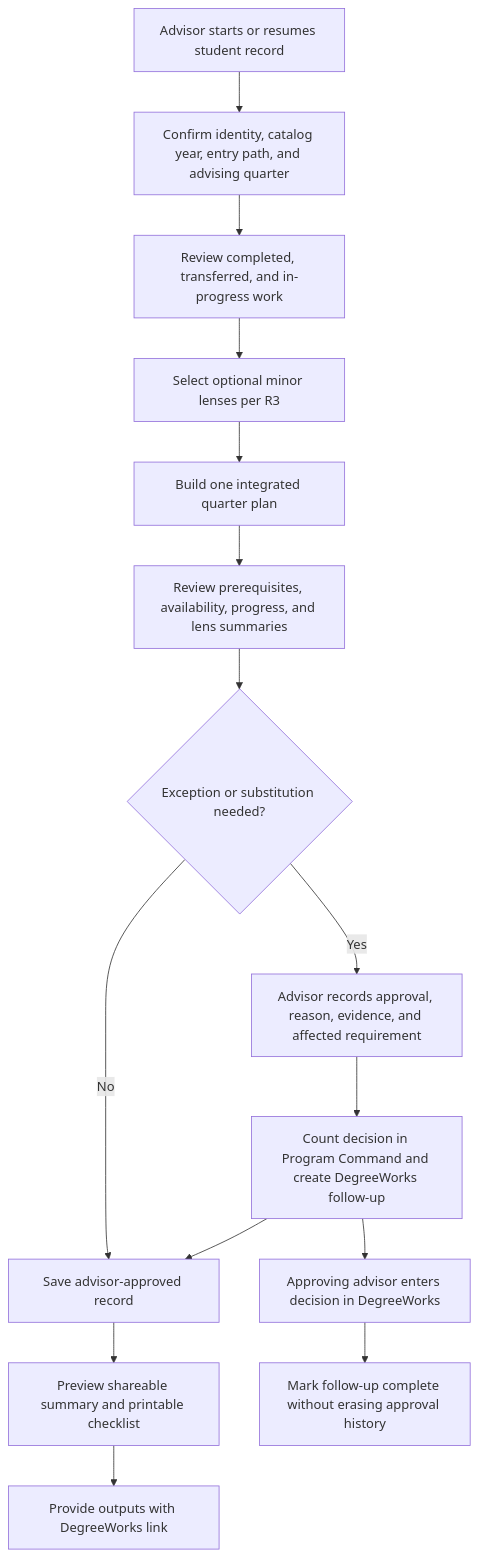
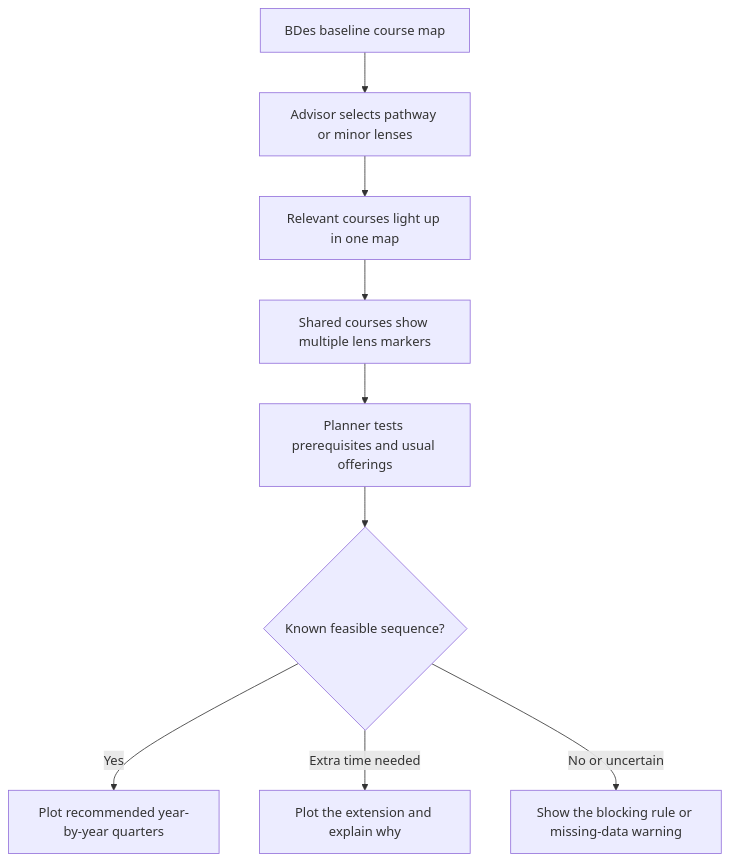
The diagram in docs/plans/2026-08-05-001-feat-advisor-led-bdes-advising-plan.md (sicxz/program-command), drawn with Mermaid before and after one commit. The commit also changed other lines of this file, not shown here.

Commit message:
docs: focus advising plan on pathway visualization

````diff
--- a/docs/plans/2026-08-05-001-feat-advisor-led-bdes-advising-plan.md
+++ b/docs/plans/2026-08-05-001-feat-advisor-led-bdes-advising-plan.md
@@ -142,17 +114,11 @@
 ```mermaid
-flowchart TD
-    A["Advisor starts or resumes student record"] --> B["Confirm identity, catalog year, entry path, and advising quarter"]
-    B --> C["Review completed, transferred, and in-progress work"]
-    C --> D["Select optional minor lenses per R3"]
-    D --> E["Build one integrated quarter plan"]
-    E --> F["Review prerequisites, availability, progress, and lens summaries"]
-    F --> G{"Exception or substitution needed?"}
-    G -- No --> H["Save advisor-approved record"]
-    G -- Yes --> I["Advisor records approval, reason, evidence, and affected requirement"]
-    I --> J["Count decision in Program Command and create DegreeWorks follow-up"]
-    J --> H
-    H --> K["Preview shareable summary and printable checklist"]
-    K --> L["Provide outputs with DegreeWorks link"]
-    J --> M["Approving advisor enters decision in DegreeWorks"]
-    M --> N["Mark follow-up complete without erasing approval history"]
+flowchart TB
+    A["BDes baseline course map"] --> B["Advisor selects pathway or minor lenses"]
+    B --> C["Relevant courses light up in one map"]
+    C --> D["Shared courses show multiple lens markers"]
+    D --> E["Planner tests prerequisites and usual offerings"]
+    E --> F{"Known feasible sequence?"}
+    F -- "Yes" --> G["Plot recommended year-by-year quarters"]
+    F -- "Extra time needed" --> H["Plot the extension and explain why"]
+    F -- "No or uncertain" --> I["Show the blocking rule or missing-data warning"]
 ```
````
